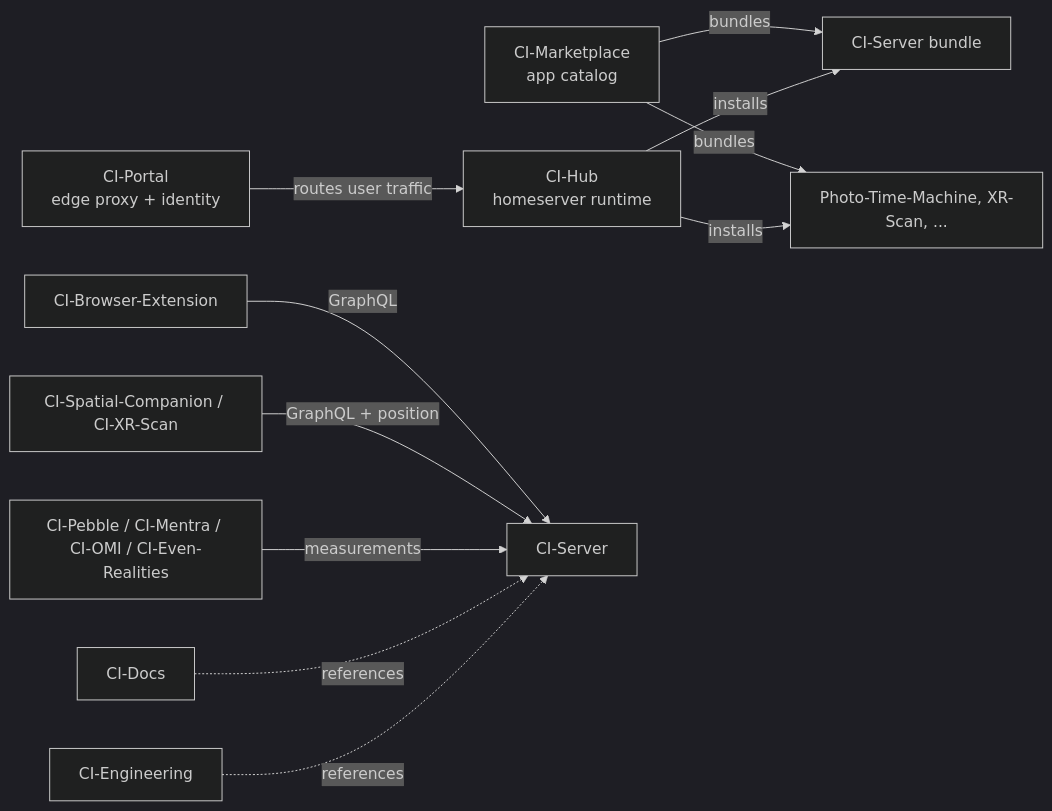
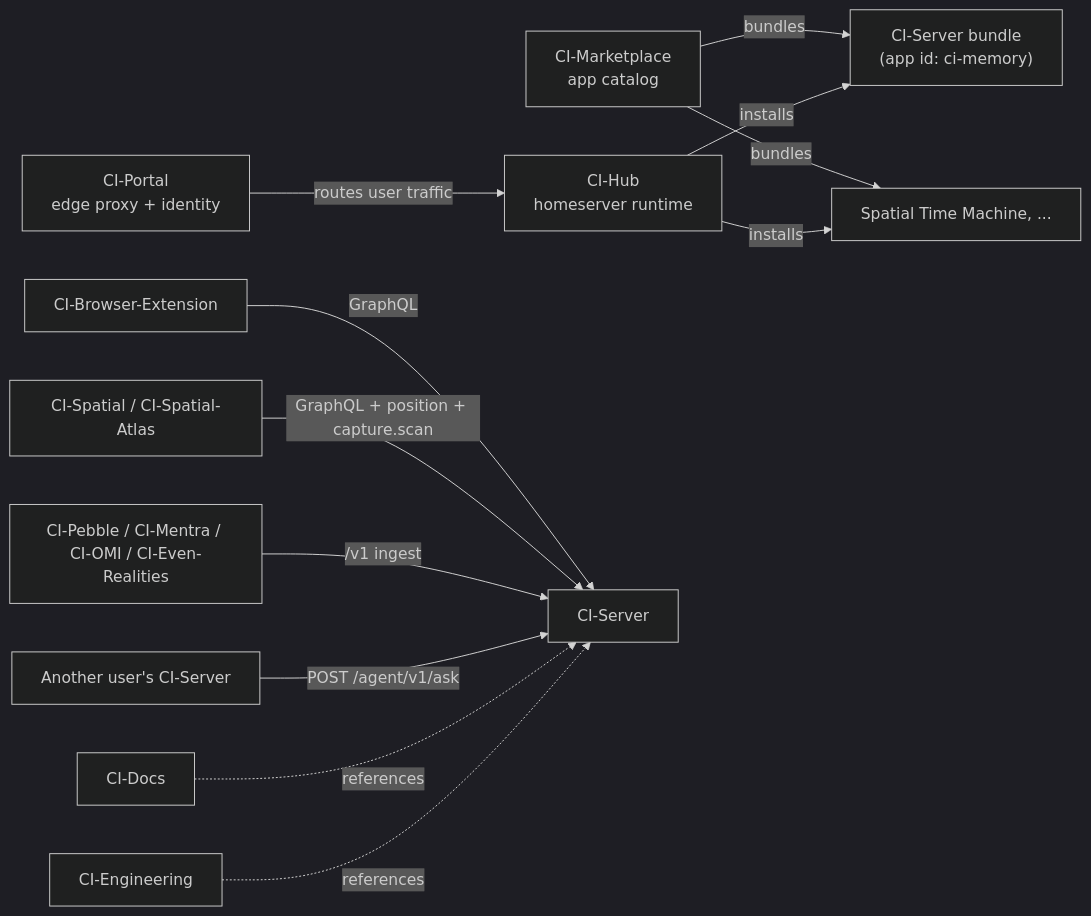
Before and after one commit to bennettchamberlain/Requiemv1: the fifth of 6 diagrams in docs/architecture/architecture.md, drawn with Mermaid (dark theme). The commit also changed other lines of this file and 81 other files, not shown here.

````diff
--- a/docs/architecture/architecture.md
+++ b/docs/architecture/architecture.md
@@ -317,13 +414,14 @@
 ```mermaid
 flowchart LR
-    Marketplace[CI-Marketplace<br/>app catalog] -- bundles --> ServerApp[CI-Server bundle]
-    Marketplace -- bundles --> OtherApp[Photo-Time-Machine, XR-Scan, ...]
+    Marketplace[CI-Marketplace<br/>app catalog] -- bundles --> ServerApp["CI-Server bundle<br/>(app id: ci-memory)"]
+    Marketplace -- bundles --> OtherApp[Spatial Time Machine, ...]
     Hub[CI-Hub<br/>homeserver runtime] -- installs --> ServerApp
     Hub -- installs --> OtherApp
     Portal[CI-Portal<br/>edge proxy + identity] -- routes user traffic --> Hub
     Browser[CI-Browser-Extension] -- GraphQL --> Server[CI-Server]
-    XR[CI-Spatial-Companion / CI-XR-Scan] -- GraphQL + position --> Server
-    Wearables[CI-Pebble / CI-Mentra / CI-OMI / CI-Even-Realities] -- measurements --> Server
+    XR[CI-Spatial / CI-Spatial-Atlas] -- "GraphQL + position + capture.scan" --> Server
+    Wearables[CI-Pebble / CI-Mentra / CI-OMI / CI-Even-Realities] -- "/v1 ingest" --> Server
+    Peer[Another user's CI-Server] -- "POST /agent/v1/ask" --> Server
     Docs[CI-Docs] -. references .-> Server
     Engineering[CI-Engineering] -. references .-> Server
 ```
````
